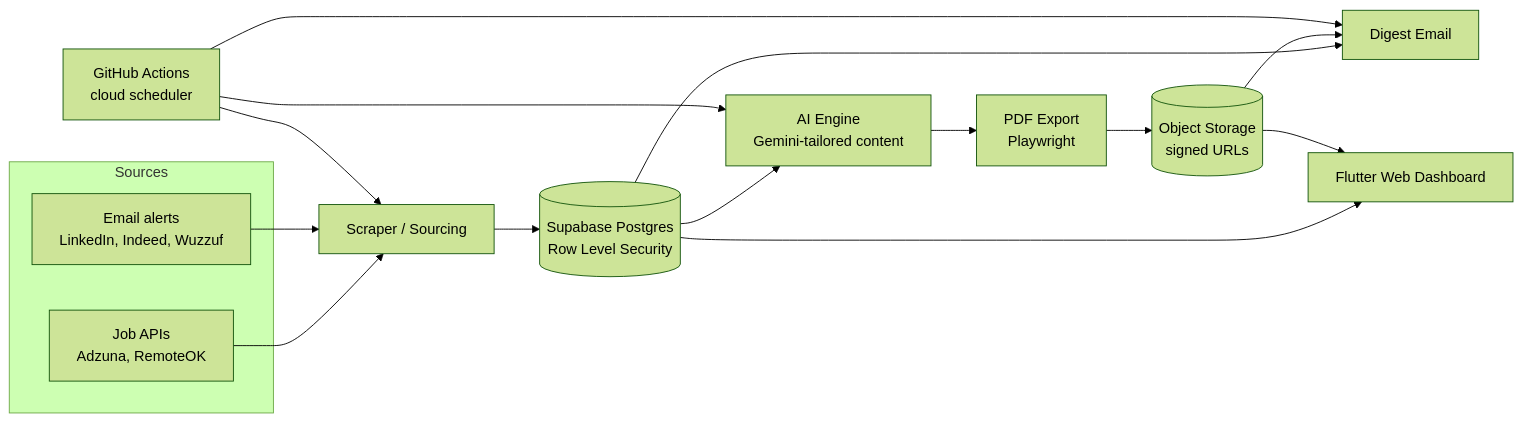
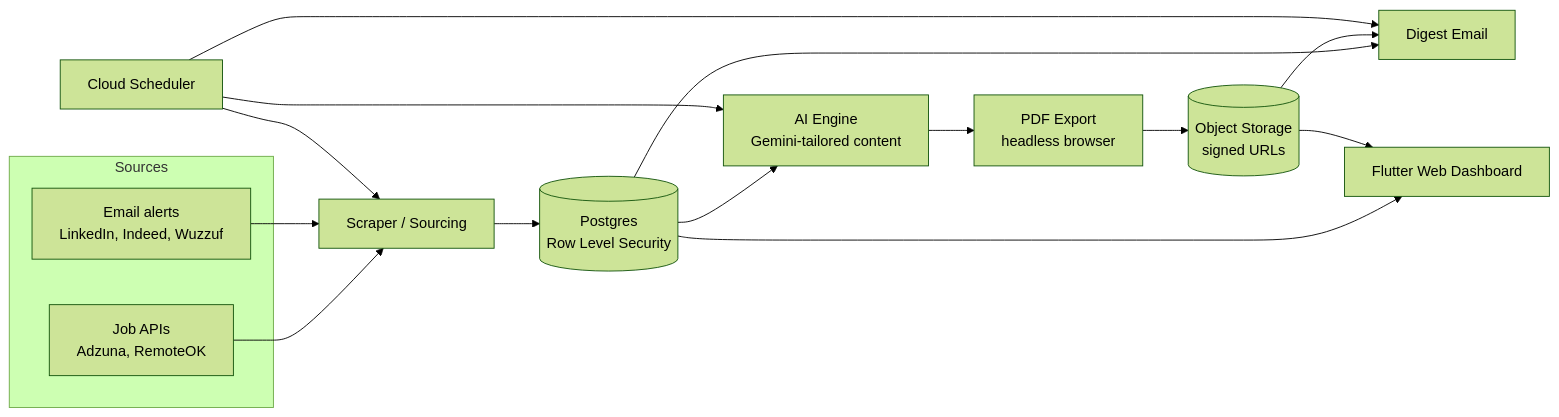
One commit to yosramohsen2-png/Accepted-Automate-Project changed the diagram in README.md. Above: the diagram before and after it, drawn with Mermaid (forest theme). The commit also changed other lines of this file, not shown here.

````diff
--- a/README.md
+++ b/README.md
@@ -40,20 +49,20 @@
 ```mermaid
 flowchart LR
     subgraph Sources
         A1[Job APIs<br/>Adzuna, RemoteOK]
         A2[Email alerts<br/>LinkedIn, Indeed, Wuzzuf]
     end
     A1 --> B[Scraper / Sourcing]
     A2 --> B
-    B --> C[(Supabase Postgres<br/>Row Level Security)]
+    B --> C[(Postgres<br/>Row Level Security)]
     C --> D[AI Engine<br/>Gemini-tailored content]
-    D --> E[PDF Export<br/>Playwright]
+    D --> E[PDF Export<br/>headless browser]
     E --> F[(Object Storage<br/>signed URLs)]
     C --> G[Digest Email]
     F --> G
     C --> H[Flutter Web Dashboard]
     F --> H
-    I[GitHub Actions<br/>cloud scheduler] --> B
+    I[Cloud Scheduler] --> B
     I --> D
     I --> G
 ```
````
